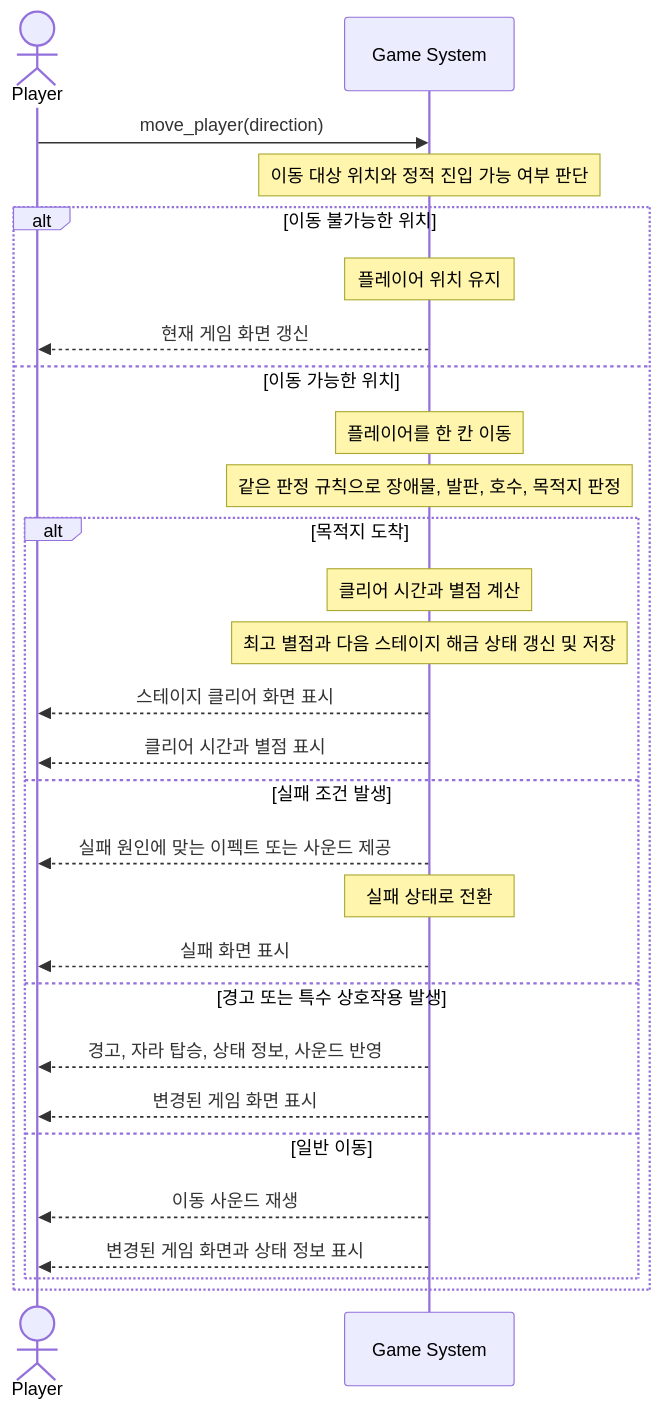
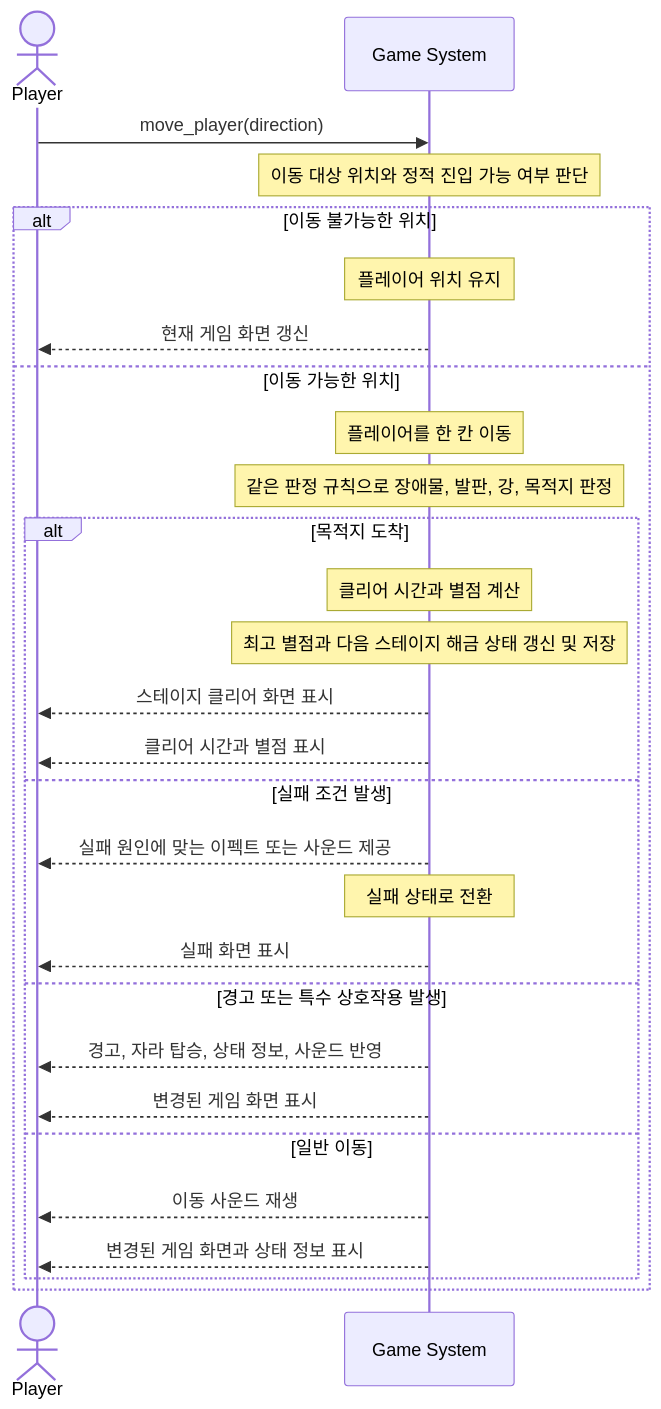
The fifth of 7 diagrams in doc/04_system_sequence_diagrams.md (wisewo/kongoose), drawn with Mermaid before and after one commit. The commit also changed 9 other files, not shown here.

````diff
--- a/doc/04_system_sequence_diagrams.md
+++ b/doc/04_system_sequence_diagrams.md
@@ -99,33 +99,33 @@
 ```mermaid
 sequenceDiagram
     actor Player
     participant System as Game System
 
     Player->>System: move_player(direction)
     Note over System: 이동 대상 위치와 정적 진입 가능 여부 판단
 
     alt 이동 불가능한 위치
         Note over System: 플레이어 위치 유지
         System-->>Player: 현재 게임 화면 갱신
     else 이동 가능한 위치
         Note over System: 플레이어를 한 칸 이동
-        Note over System: 같은 판정 규칙으로 장애물, 발판, 호수, 목적지 판정
+        Note over System: 같은 판정 규칙으로 장애물, 발판, 강, 목적지 판정
 
         alt 목적지 도착
             Note over System: 클리어 시간과 별점 계산
             Note over System: 최고 별점과 다음 스테이지 해금 상태 갱신 및 저장
             System-->>Player: 스테이지 클리어 화면 표시
             System-->>Player: 클리어 시간과 별점 표시
         else 실패 조건 발생
             System-->>Player: 실패 원인에 맞는 이펙트 또는 사운드 제공
             Note over System: 실패 상태로 전환
             System-->>Player: 실패 화면 표시
         else 경고 또는 특수 상호작용 발생
             System-->>Player: 경고, 자라 탑승, 상태 정보, 사운드 반영
             System-->>Player: 변경된 게임 화면 표시
         else 일반 이동
             System-->>Player: 이동 사운드 재생
             System-->>Player: 변경된 게임 화면과 상태 정보 표시
         end
     end
 ```
````
